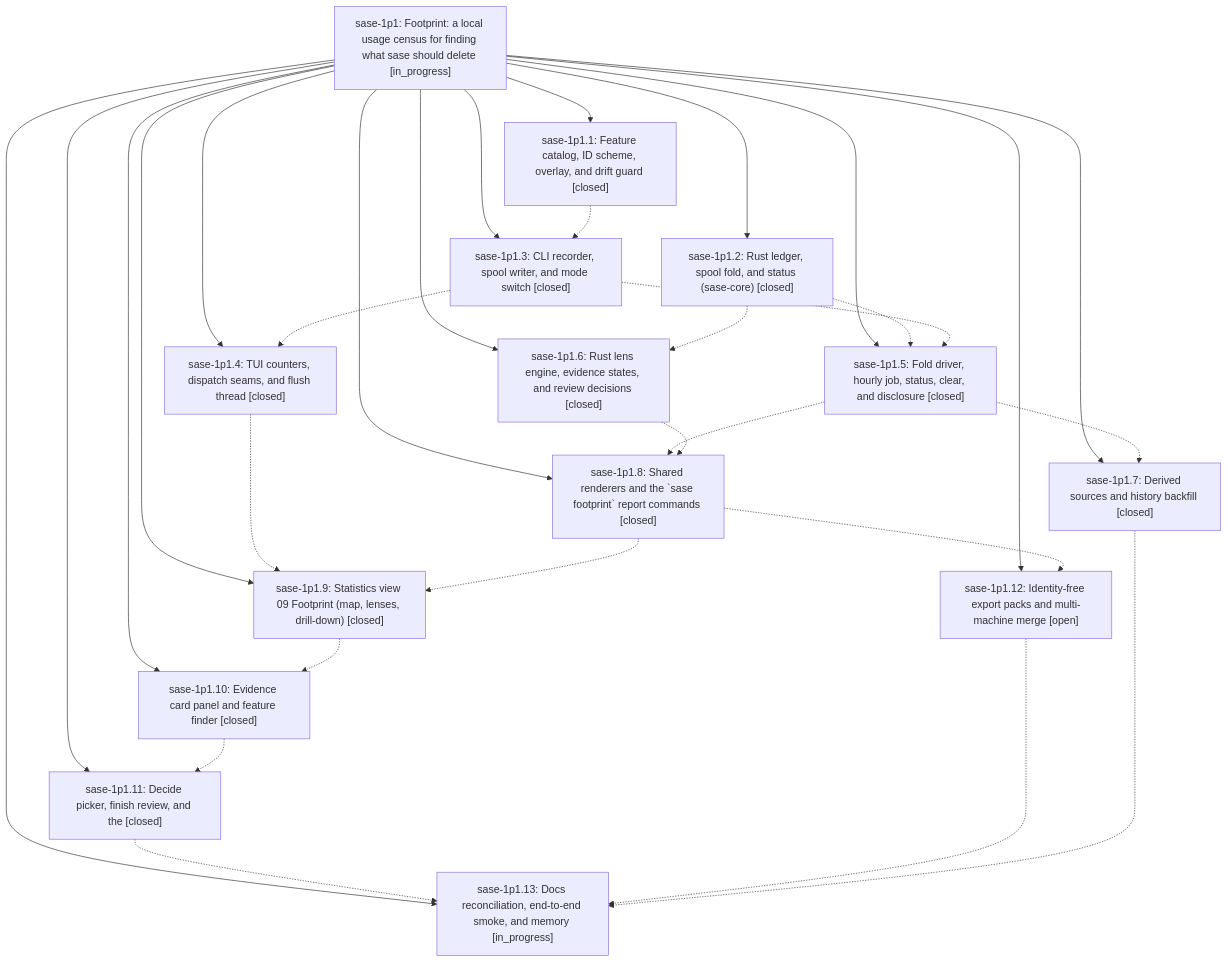
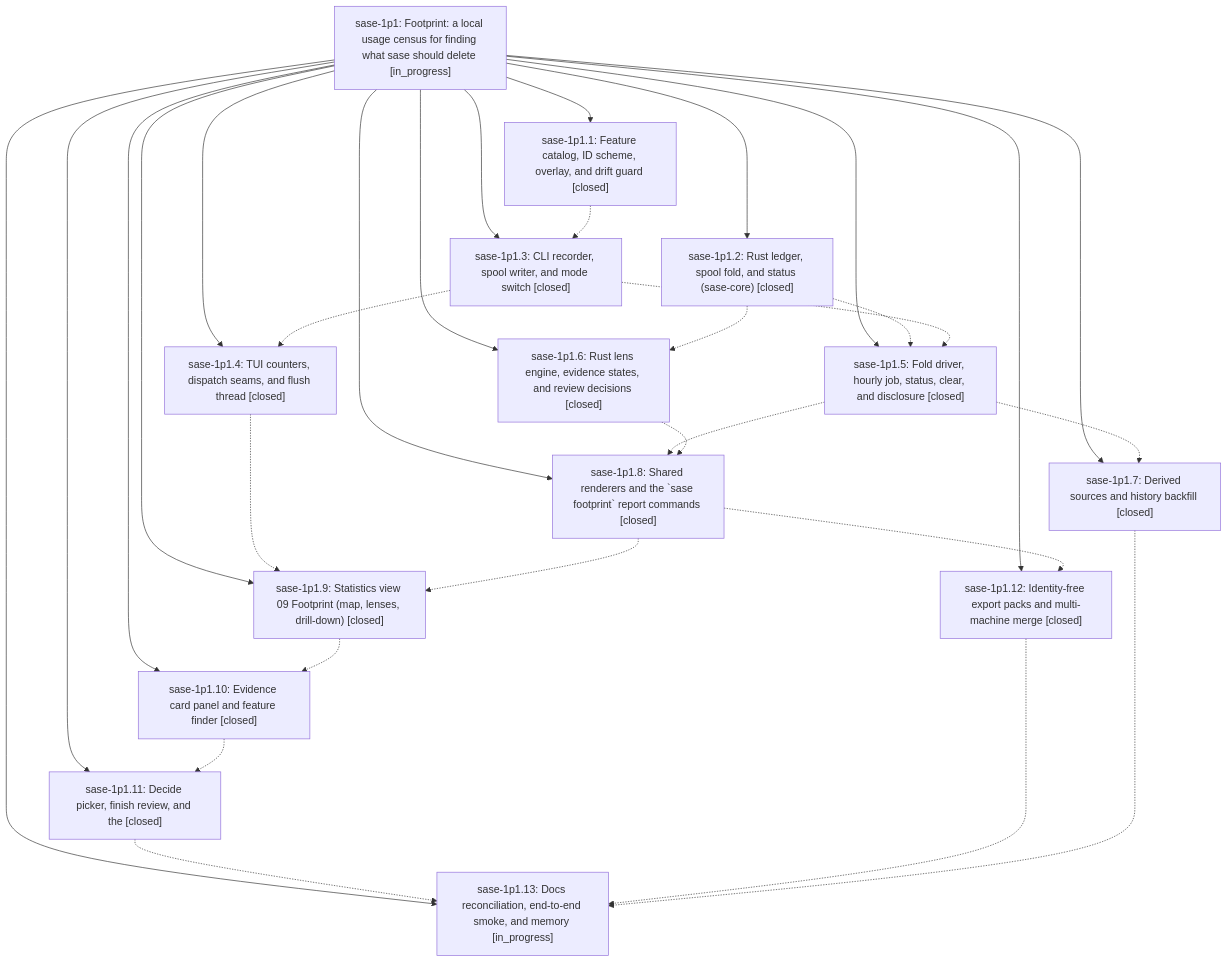
The diagram in pages/sase-1p1/README.md (sase-org/sase--beads), drawn with Mermaid before and after one commit. The commit also changed other lines of this file and 6 other files, not shown here.

````diff
--- a/pages/sase-1p1/README.md
+++ b/pages/sase-1p1/README.md
@@ -59,46 +59,46 @@
 ```mermaid
 flowchart TD
     n0["sase-1p1: Footprint: a local usage census for finding what sase should delete [in_progress]"]
     n1["sase-1p1.1: Feature catalog, ID scheme, overlay, and drift guard [closed]"]
     n2["sase-1p1.10: Evidence card panel and feature finder [closed]"]
     n3["sase-1p1.11: Decide picker, finish review, and the [closed]"]
-    n4["sase-1p1.12: Identity-free export packs and multi-machine merge [open]"]
+    n4["sase-1p1.12: Identity-free export packs and multi-machine merge [closed]"]
     n5["sase-1p1.13: Docs reconciliation, end-to-end smoke, and memory [in_progress]"]
     n6["sase-1p1.2: Rust ledger, spool fold, and status (sase-core) [closed]"]
     n7["sase-1p1.3: CLI recorder, spool writer, and mode switch [closed]"]
     n8["sase-1p1.4: TUI counters, dispatch seams, and flush thread [closed]"]
     n9["sase-1p1.5: Fold driver, hourly job, status, clear, and disclosure [closed]"]
     n10["sase-1p1.6: Rust lens engine, evidence states, and review decisions [closed]"]
     n11["sase-1p1.7: Derived sources and history backfill [closed]"]
     n12["sase-1p1.8: Shared renderers and the `sase footprint` report commands [closed]"]
     n13["sase-1p1.9: Statistics view 09 Footprint (map, lenses, drill-down) [closed]"]
     n0 --> n1
     n0 --> n2
     n0 --> n3
     n0 --> n4
     n0 --> n5
     n0 --> n6
     n0 --> n7
     n0 --> n8
     n0 --> n9
     n0 --> n10
     n0 --> n11
     n0 --> n12
     n0 --> n13
     n1 -.-> n7
     n2 -.-> n3
     n3 -.-> n5
     n4 -.-> n5
     n6 -.-> n9
     n6 -.-> n10
     n7 -.-> n8
     n7 -.-> n9
     n8 -.-> n13
     n9 -.-> n11
     n9 -.-> n12
     n10 -.-> n12
     n11 -.-> n5
     n12 -.-> n4
     n12 -.-> n13
     n13 -.-> n2
 ```
````
